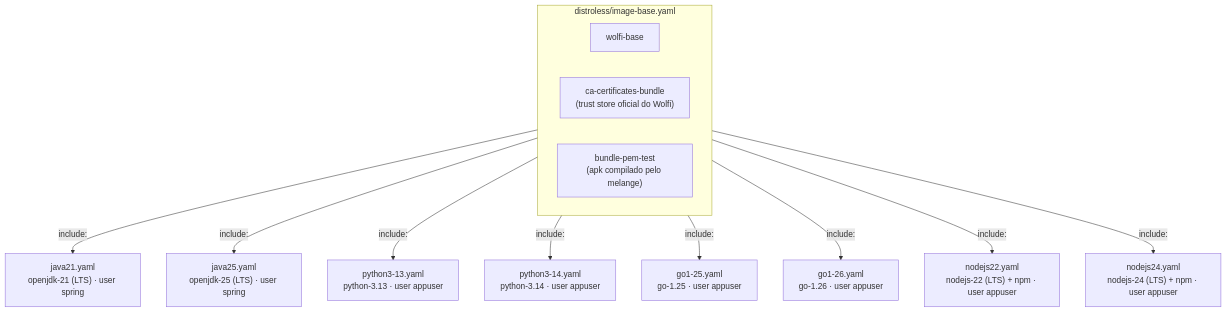
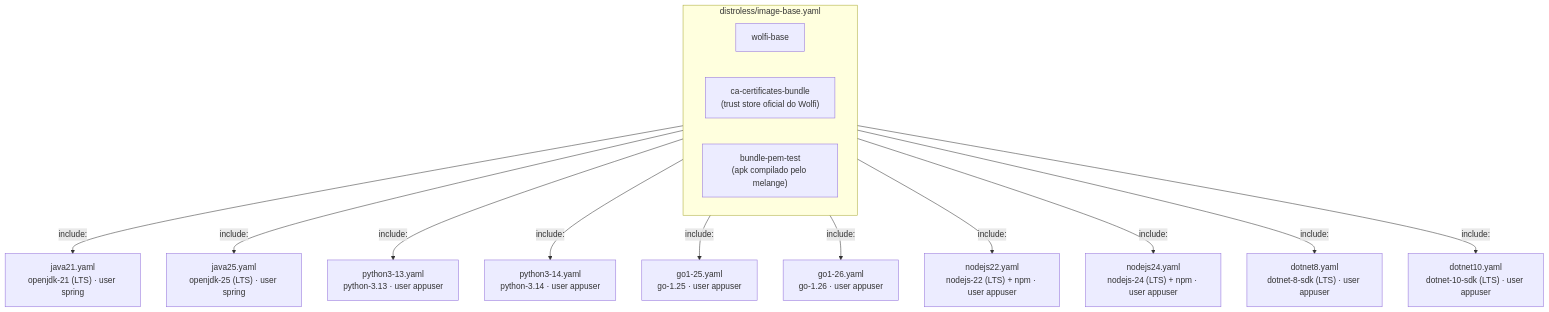
Before and after one commit to gersontpc/image-base: the first of 4 diagrams in README.md, drawn with Mermaid. The commit also changed other lines of this file and 4 other files, not shown here.

````diff
--- a/README.md
+++ b/README.md
@@ -41,17 +43,19 @@
 ```mermaid
 flowchart TD
     subgraph Base["distroless/image-base.yaml"]
         B1["wolfi-base"]
         B2["ca-certificates-bundle<br/>(trust store oficial do Wolfi)"]
         B3["bundle-pem-test<br/>(apk compilado pelo melange)"]
     end
 
     Base -- "include:" --> J1["java21.yaml<br/>openjdk-21 (LTS) · user spring"]
     Base -- "include:" --> J2["java25.yaml<br/>openjdk-25 (LTS) · user spring"]
     Base -- "include:" --> P1["python3-13.yaml<br/>python-3.13 · user appuser"]
     Base -- "include:" --> P2["python3-14.yaml<br/>python-3.14 · user appuser"]
     Base -- "include:" --> G1["go1-25.yaml<br/>go-1.25 · user appuser"]
     Base -- "include:" --> G2["go1-26.yaml<br/>go-1.26 · user appuser"]
     Base -- "include:" --> N1["nodejs22.yaml<br/>nodejs-22 (LTS) + npm · user appuser"]
     Base -- "include:" --> N2["nodejs24.yaml<br/>nodejs-24 (LTS) + npm · user appuser"]
+    Base -- "include:" --> D1["dotnet8.yaml<br/>dotnet-8-sdk (LTS) · user appuser"]
+    Base -- "include:" --> D2["dotnet10.yaml<br/>dotnet-10-sdk (LTS) · user appuser"]
 ```
````
